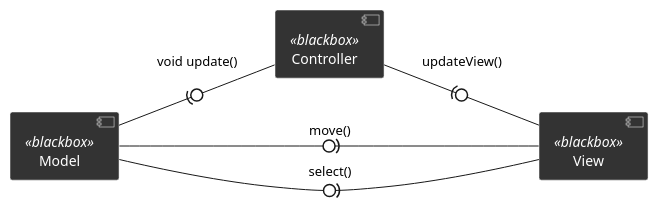
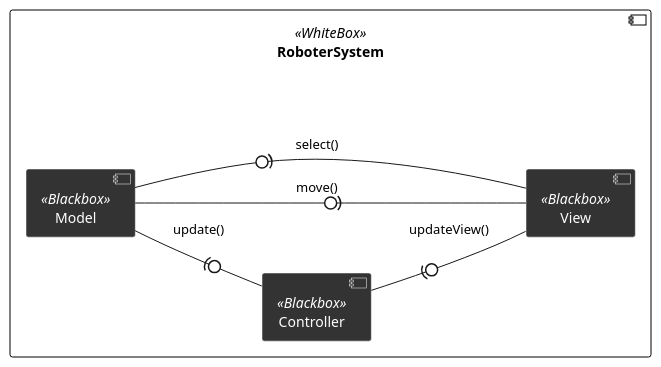
The diagram in Docs/Application/diagrams/baustein_lvl_2_updated.plantuml (DavidDao1997/VS_Praktikum-2025-SoSe), drawn with PlantUML before and after one commit. The commit also changed 15 other files, not shown here.

```diff
--- a/Docs/Application/diagrams/baustein_lvl_2_updated.plantuml
+++ b/Docs/Application/diagrams/baustein_lvl_2_updated.plantuml
@@ -1,21 +1,39 @@
 @startuml
-' Moderner UML-2-Style für Komponenten
+' ------------------------------------------------------------
+' RoboterSystem – MVC        (White-Box + Black-Box Komponenten)
+' ------------------------------------------------------------
+
+' Modernes UML-2-Style-Layout
 skinparam componentStyle uml2
 skinparam component {
-  BackgroundColor #333333
+  BackgroundColor #333333  
   BorderColor White
   FontColor White
 }
 
-' Baue die MVC-Komponenten auf
+' Weißer Container für das Gesamtsystem
+skinparam component<<WhiteBox>> {
+  BackgroundColor White
+  BorderColor Black
+  FontColor Black
+}
+
 left to right direction
-component "Model"       as M <<blackbox>>
-component "Controller"  as C <<blackbox>>
-component "View"        as V <<blackbox>>
 
-' Methodenaufrufe zwischen den Komponenten
-M -(0- C : void update()
-C-(0-V : updateView()
-V-(0-M : move()
-V-(0-M : select()
+' ------------------------------------------------------------
+' White-Box Container „RoboterSystem“
+component "RoboterSystem" as RS <<WhiteBox>> {
+
+    ' MVC-Komponenten (Black-Box-Stil)
+    component "Model"      as M <<Blackbox>>
+    component "Controller" as C <<Blackbox>>
+    component "View"       as V <<Blackbox>>
+
+    ' Methodenaufrufe (intern)
+    M -(0- C : update()
+    C -(0- V : updateView()
+    V -(0- M : move()
+    V -(0- M : select()
+}
+
 @enduml
```
